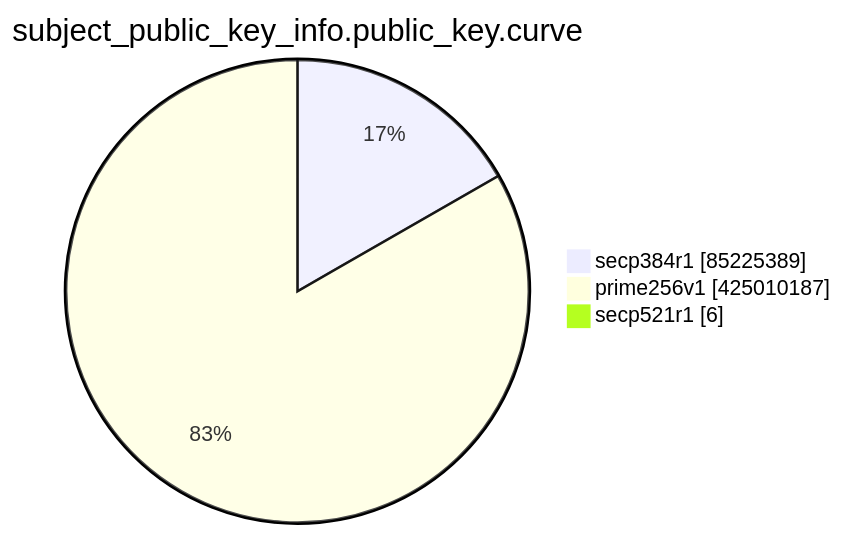
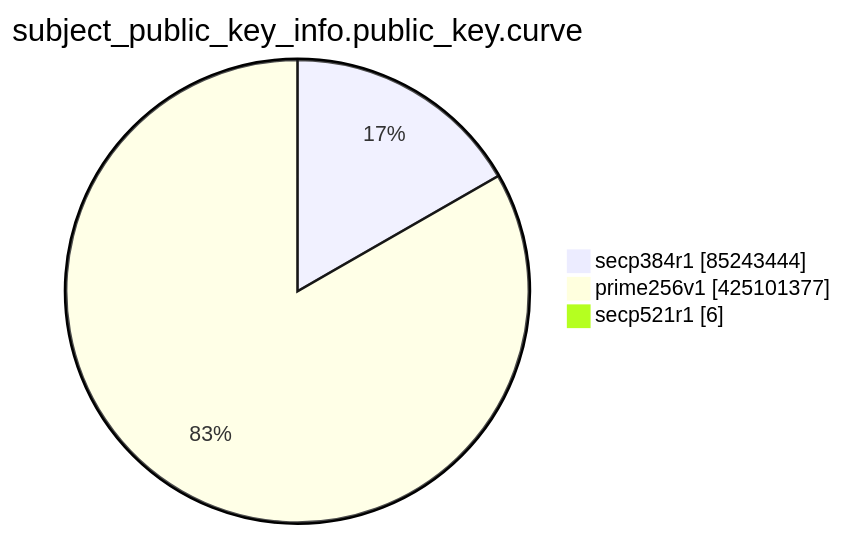
The eighth of 15 diagrams in TOTAL/README.md (christiankrug/ctmonitor_visualization), drawn with Mermaid before and after one commit. The commit also changed other lines of this file, not shown here.

````diff
--- a/TOTAL/README.md
+++ b/TOTAL/README.md
@@ -3100,7 +3100,7 @@
 ```mermaid
 pie showData
 title subject_public_key_info.public_key.curve
-"secp384r1" :85225389
-"prime256v1" :425010187
+"secp384r1" :85243444
+"prime256v1" :425101377
 "secp521r1" :6
 ```
````
